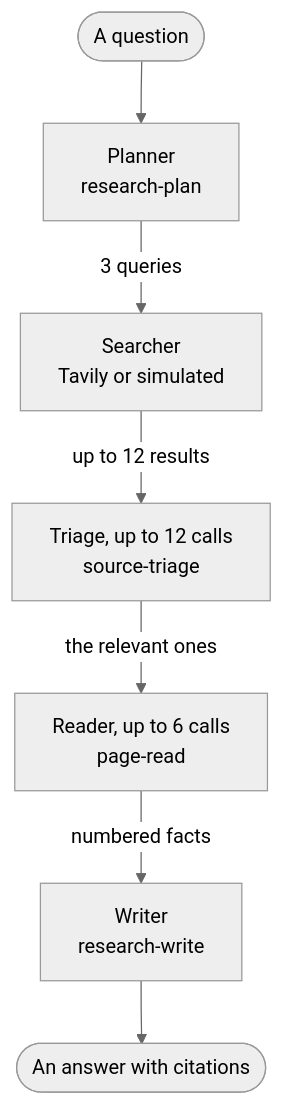
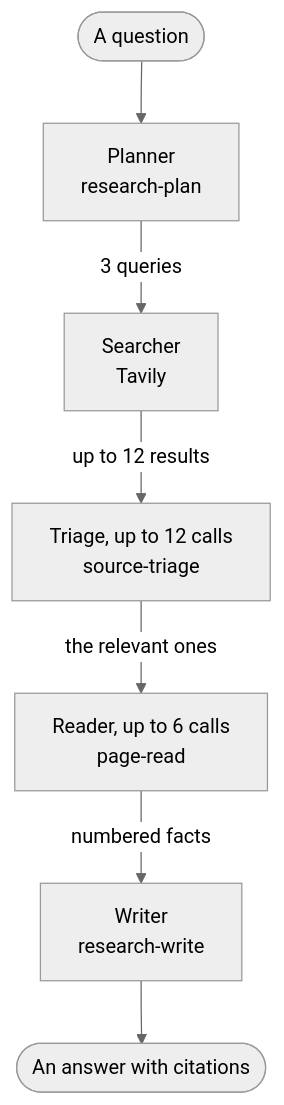
Before and after one commit to harshbhx/ratchet: the second of 4 diagrams in docs-site/src/content/docs/guides/scout.mdx, drawn with Mermaid (neutral theme). The commit also changed other lines of this file and 76 other files, not shown here.

````diff
--- a/docs-site/src/content/docs/guides/scout.mdx
+++ b/docs-site/src/content/docs/guides/scout.mdx
@@ -100,13 +100,13 @@
 ```mermaid
 flowchart TB
   Q(["A question"]) --> PL["Planner<br/>research-plan"]
-  PL -->|"3 queries"| SE["Searcher<br/>Tavily or simulated"]
+  PL -->|"3 queries"| SE["Searcher<br/>Tavily"]
   SE -->|"up to 12 results"| TR["Triage, up to 12 calls<br/>source-triage"]
   TR -->|"the relevant ones"| RD["Reader, up to 6 calls<br/>page-read"]
   RD -->|"numbered facts"| WR["Writer<br/>research-write"]
   WR --> A(["An answer with citations"])
 
   class PL,WR teacher
   class TR,RD student
   class SE outline
 ```
````
